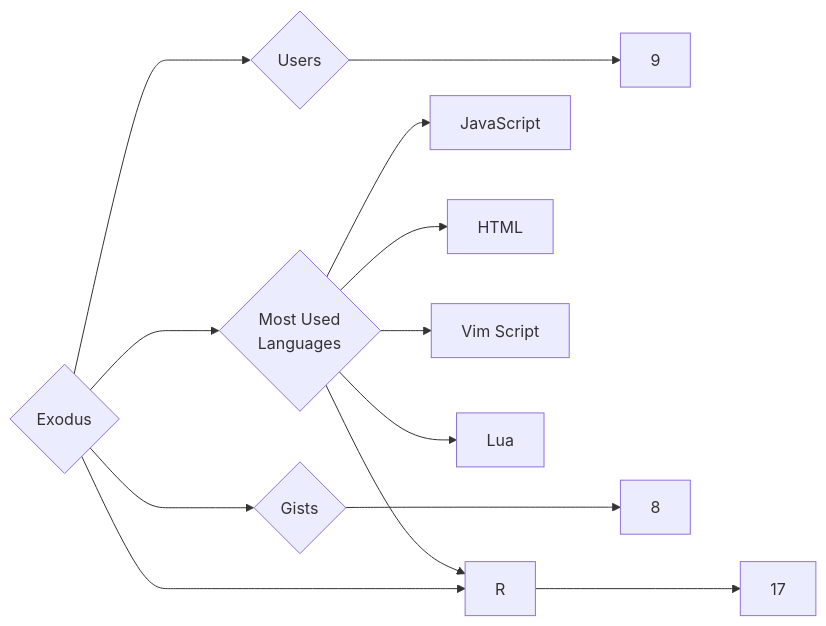
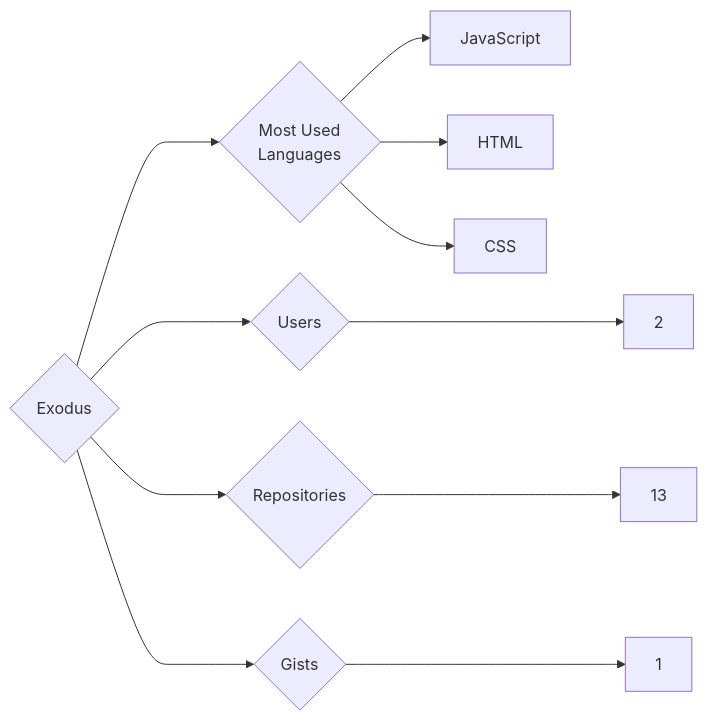
The diagram in targets/Exodus/README.md (trickest/insiders), drawn with Mermaid before and after one commit. The commit also changed 860 other files, not shown here.

````diff
--- a/targets/Exodus/README.md
+++ b/targets/Exodus/README.md
@@ -3,13 +3,11 @@
 ```mermaid
 graph LR
 COMPANY_NAME{Exodus}
-COMPANY_NAME ---> U{Users} ---> UN[9]
-COMPANY_NAME ---> R{Repositories} ---> RN[17]
-COMPANY_NAME ---> G{Gists} ---> GN[8]
+COMPANY_NAME ---> U{Users} ---> UN[2]
+COMPANY_NAME ---> R{Repositories} ---> RN[13]
+COMPANY_NAME ---> G{Gists} ---> GN[1]
 COMPANY_NAME ---> ML{Most Used<br>Languages}
 ML --> JavaScript[JavaScript]
 ML --> HTML[HTML]
-ML --> Vim_Script[Vim Script]
-ML --> R[R]
-ML --> Lua[Lua]
+ML --> CSS[CSS]
 ```
````
